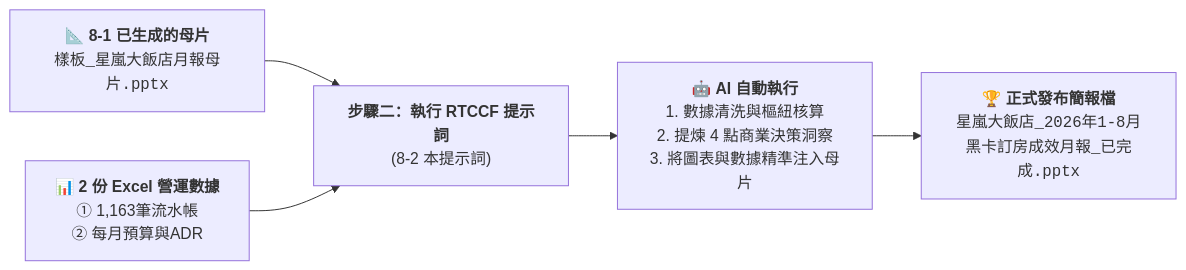
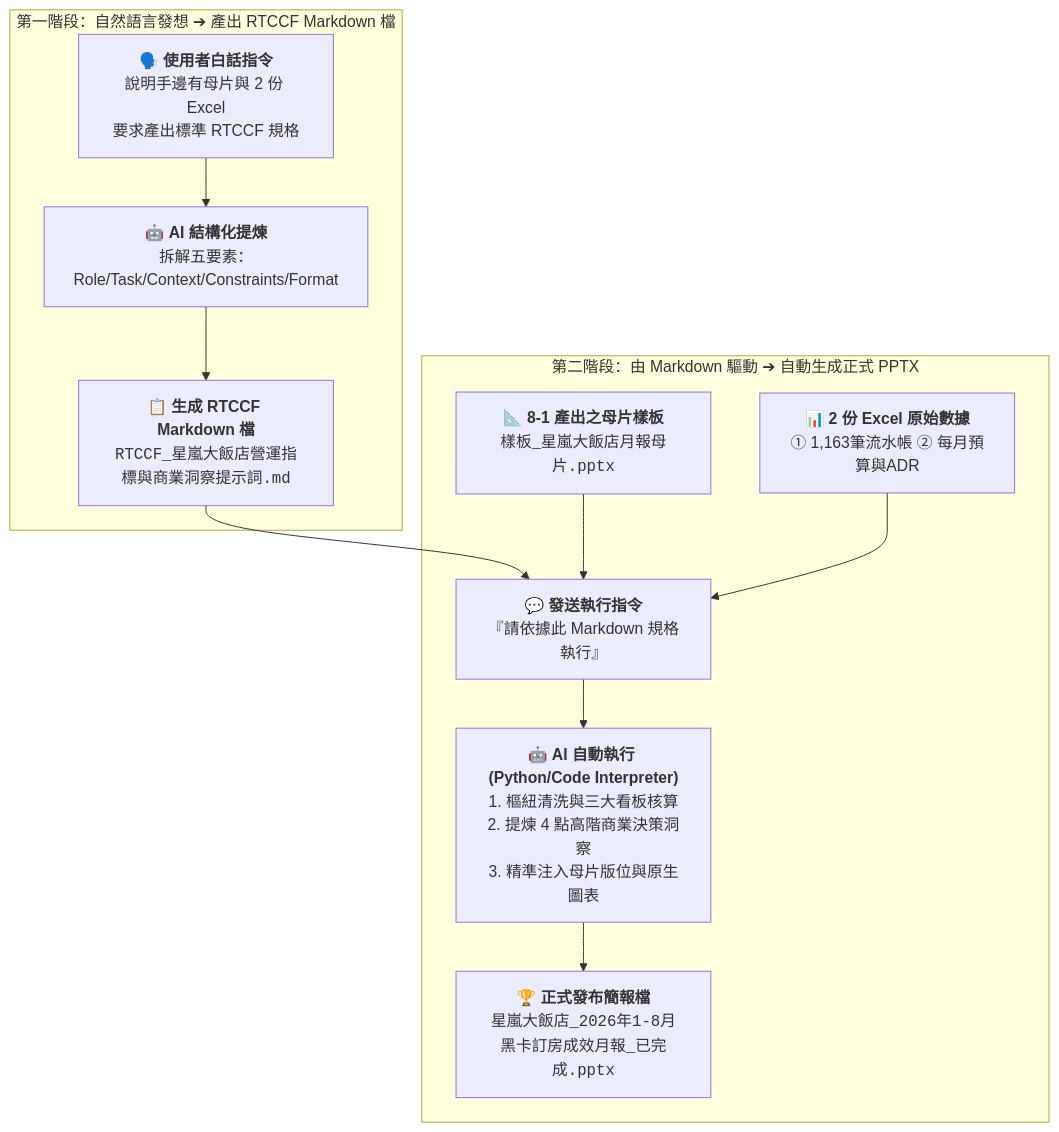
Before and after one commit to roberthsu2003/workflow-productivity: the diagram in 常見的AI應用/實戰範例/訂房月報統計與 PPT 自動化/8-2_AI產出之RTCCF營運指標與商業洞察提示詞.md, drawn with Mermaid. The commit also changed other lines of this file and 2 other files, not shown here.

````diff
--- a/常見的AI應用/實戰範例/訂房月報統計與 PPT 自動化/8-2_AI產出之RTCCF營運指標與商業洞察提示詞.md
+++ b/常見的AI應用/實戰範例/訂房月報統計與 PPT 自動化/8-2_AI產出之RTCCF營運指標與商業洞察提示詞.md
@@ -15,7 +17,15 @@
 ```mermaid
-flowchart LR
-    Master["📐 <b>8-1 已生成的母片</b><br/><code>樣板_星嵐大飯店月報母片.pptx</code>"] --> Step2["<b>步驟二：執行 RTCCF 提示詞</b><br/>(8-2 本提示詞)"]
-    ExcelData["📊 <b>2 份 Excel 營運數據</b><br/>① 1,163筆流水帳<br/>② 每月預算與ADR"] --> Step2
-    Step2 --> AIExec["🤖 <b>AI 自動執行</b><br/>1. 數據清洗與樞紐核算<br/>2. 提煉 4 點商業決策洞察<br/>3. 將圖表與數據精準注入母片"]
-    AIExec --> FinalPPT["🏆 <b>正式發布簡報檔</b><br/><code>星嵐大飯店_2026年1-8月黑卡訂房成效月報_已完成.pptx</code>"]
+flowchart TD
+    subgraph Stage1 ["第一階段：自然語言發想 ➔ 產出 RTCCF Markdown 檔"]
+        A["🗣️ <b>使用者白話指令</b><br/>說明手邊有母片與 2 份 Excel<br/>要求產出標準 RTCCF 規格"] --> B["🤖 <b>AI 結構化提煉</b><br/>拆解五要素：Role/Task/Context/Constraints/Format"]
+        B --> C["📋 <b>生成 RTCCF Markdown 檔</b><br/><code>RTCCF_星嵐大飯店營運指標與商業洞察提示詞.md</code>"]
+    end
+
+    subgraph Stage2 ["第二階段：由 Markdown 驅動 ➔ 自動生成正式 PPTX"]
+        C --> D["💬 <b>發送執行指令</b><br/>『請依據此 Markdown 規格執行』"]
+        Master["📐 <b>8-1 產出之母片樣板</b><br/><code>樣板_星嵐大飯店月報母片.pptx</code>"] --> D
+        Excel["📊 <b>2 份 Excel 原始數據</b><br/>① 1,163筆流水帳 ② 每月預算與ADR"] --> D
+        D --> E["🤖 <b>AI 自動執行 (Python/Code Interpreter)</b><br/>1. 樞紐清洗與三大看板核算<br/>2. 提煉 4 點高階商業決策洞察<br/>3. 精準注入母片版位與原生圖表"]
+        E --> F["🏆 <b>正式發布簡報檔</b><br/><code>星嵐大飯店_2026年1-8月黑卡訂房成效月報_已完成.pptx</code>"]
+    end
 ```
````
